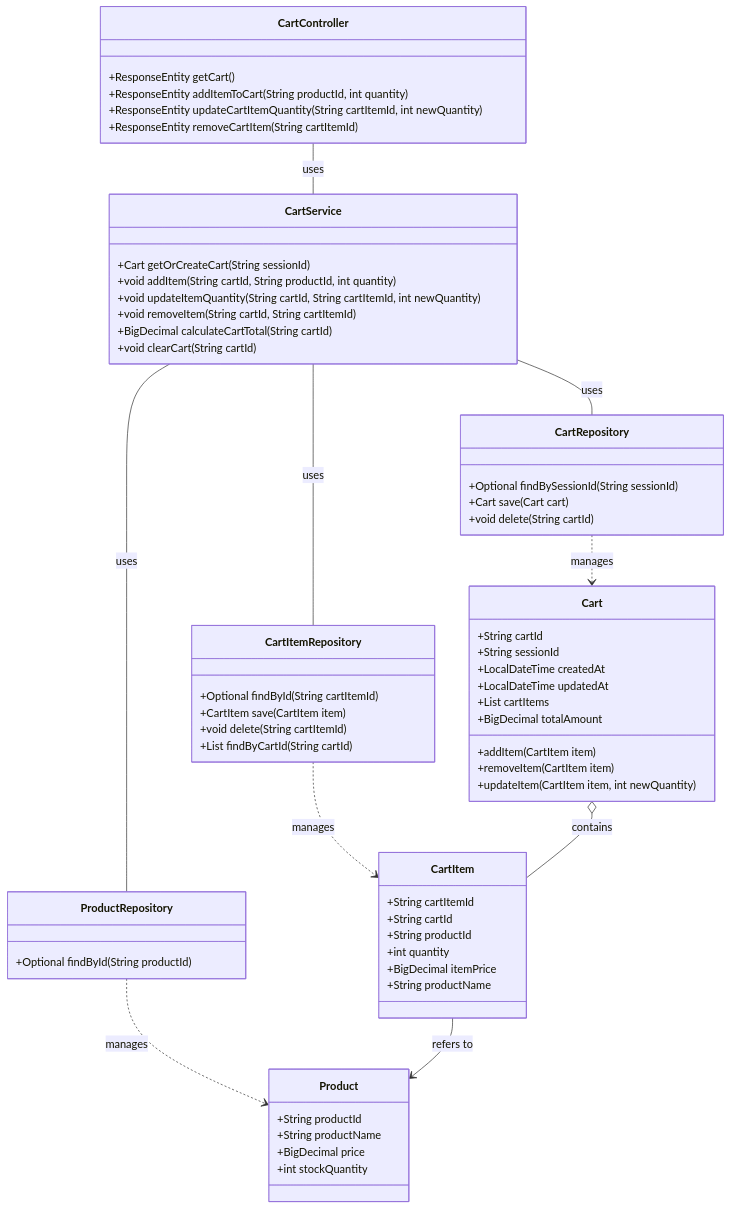
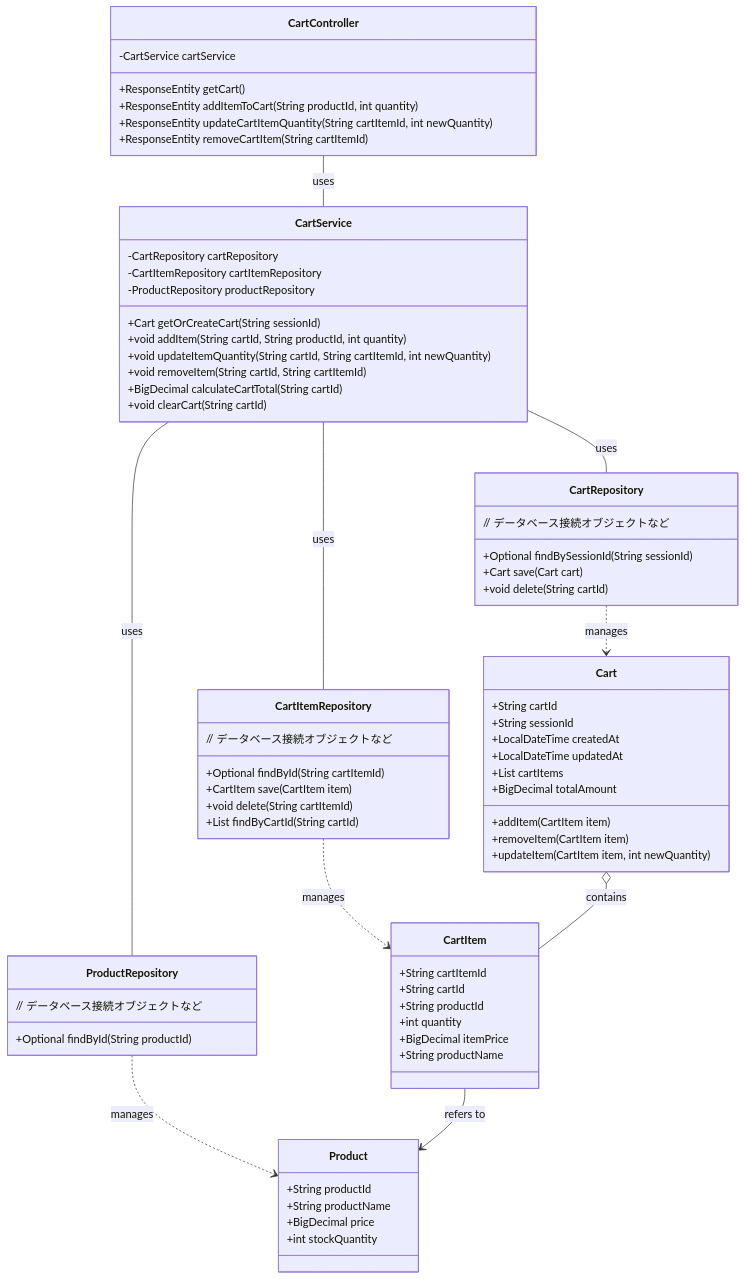
Before and after one commit to ainaga09/ACE: the third of 4 diagrams in 基本設計/はじめに.md, drawn with Mermaid. The commit also changed other lines of this file, not shown here.

```diff
--- a/基本設計/はじめに.md
+++ b/基本設計/はじめに.md
@@ -148,68 +171,75 @@
 <div class="mermaid">
 classDiagram
     CartController -- CartService : uses
     CartService -- CartRepository : uses
     CartService -- CartItemRepository : uses
     CartService -- ProductRepository : uses
 
     CartRepository ..> Cart : manages
     CartItemRepository ..> CartItem : manages
     ProductRepository ..> Product : manages
 
     Cart o-- CartItem : contains
     CartItem --> Product : refers to
 
     class CartController {
+        -CartService cartService
         +ResponseEntity<CartDTO> getCart()
         +ResponseEntity<CartDTO> addItemToCart(String productId, int quantity)
         +ResponseEntity<CartDTO> updateCartItemQuantity(String cartItemId, int newQuantity)
         +ResponseEntity<CartDTO> removeCartItem(String cartItemId)
     }
     class CartService {
+        -CartRepository cartRepository
+        -CartItemRepository cartItemRepository
+        -ProductRepository productRepository
         +Cart getOrCreateCart(String sessionId)
         +void addItem(String cartId, String productId, int quantity)
         +void updateItemQuantity(String cartId, String cartItemId, int newQuantity)
         +void removeItem(String cartId, String cartItemId)
         +BigDecimal calculateCartTotal(String cartId)
         +void clearCart(String cartId)
     }
     class CartRepository {
+        // データベース接続オブジェクトなど
         +Optional<Cart> findBySessionId(String sessionId)
         +Cart save(Cart cart)
         +void delete(String cartId)
     }
     class CartItemRepository {
+        // データベース接続オブジェクトなど
         +Optional<CartItem> findById(String cartItemId)
         +CartItem save(CartItem item)
         +void delete(String cartItemId)
         +List<CartItem> findByCartId(String cartId)
     }
     class ProductRepository {
+        // データベース接続オブジェクトなど
         +Optional<Product> findById(String productId)
     }
     class Cart {
         +String cartId
         +String sessionId
         +LocalDateTime createdAt
         +LocalDateTime updatedAt
         +List<CartItem> cartItems
         +BigDecimal totalAmount
         +addItem(CartItem item)
         +removeItem(CartItem item)
         +updateItem(CartItem item, int newQuantity)
     }
     class CartItem {
         +String cartItemId
         +String cartId
         +String productId
         +int quantity
         +BigDecimal itemPrice
-        +String productName 
+        +String productName
     }
     class Product {
         +String productId
         +String productName
         +BigDecimal price
         +int stockQuantity
     }
 </div>
```
